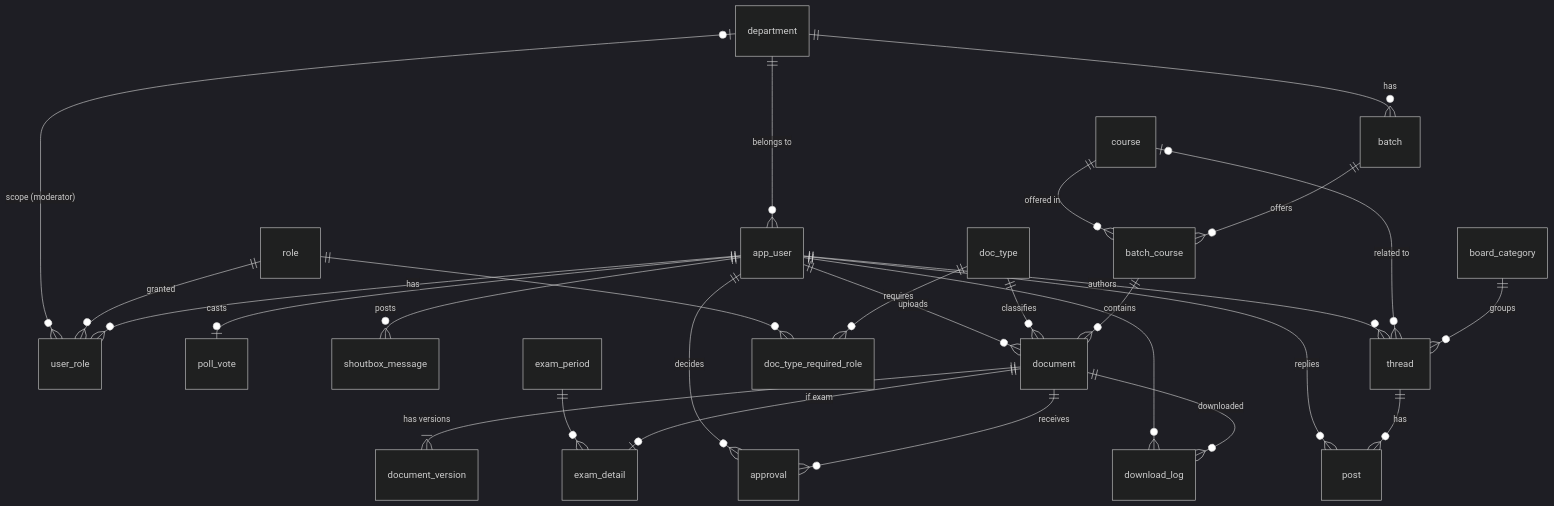
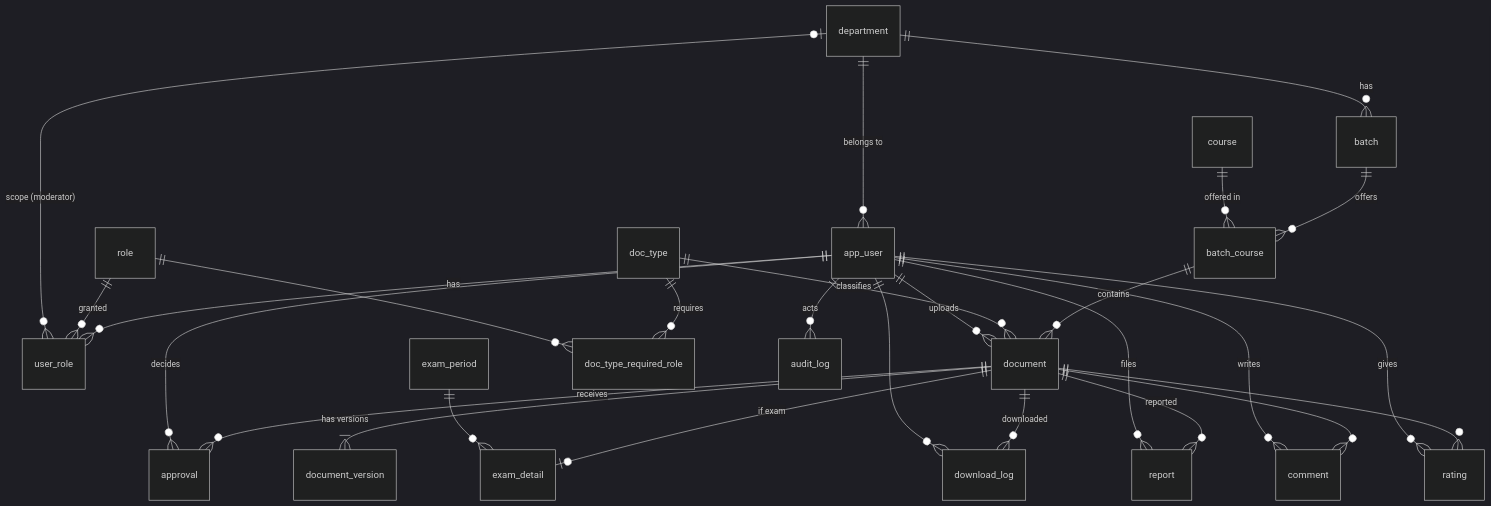
One commit to Jupiter4428/cntagram changed the diagram in _docs/database-design.md. Above: the diagram before and after it, drawn with Mermaid (dark theme). The commit also changed other lines of this file and 10 other files, not shown here.

````diff
--- a/_docs/database-design.md
+++ b/_docs/database-design.md
@@ -30,29 +30,29 @@
 ```mermaid
 erDiagram
     department ||--o{ batch : has
     batch ||--o{ batch_course : offers
     course ||--o{ batch_course : "offered in"
     department ||--o{ app_user : "belongs to"
     app_user ||--o{ user_role : has
-    app_user ||--o| poll_vote : casts
-    app_user ||--o{ shoutbox_message : posts
     role ||--o{ user_role : granted
     department |o--o{ user_role : "scope (moderator)"
     batch_course ||--o{ document : contains
     doc_type ||--o{ document : classifies
     app_user ||--o{ document : uploads
     document ||--|{ document_version : "has versions"
     document ||--o| exam_detail : "if exam"
     exam_period ||--o{ exam_detail : ""
     doc_type ||--o{ doc_type_required_role : requires
     role ||--o{ doc_type_required_role : ""
     document ||--o{ approval : receives
     app_user ||--o{ approval : decides
     document ||--o{ download_log : "downloaded"
     app_user ||--o{ download_log : ""
-    board_category ||--o{ thread : groups
-    course |o--o{ thread : "related to"
-    app_user ||--o{ thread : authors
-    thread ||--o{ post : has
-    app_user ||--o{ post : replies
+    document ||--o{ report : "reported"
+    app_user ||--o{ report : files
+    app_user ||--o{ audit_log : acts
+    document ||--o{ comment : ""
+    app_user ||--o{ comment : writes
+    document ||--o{ rating : ""
+    app_user ||--o{ rating : gives
 ```
````
